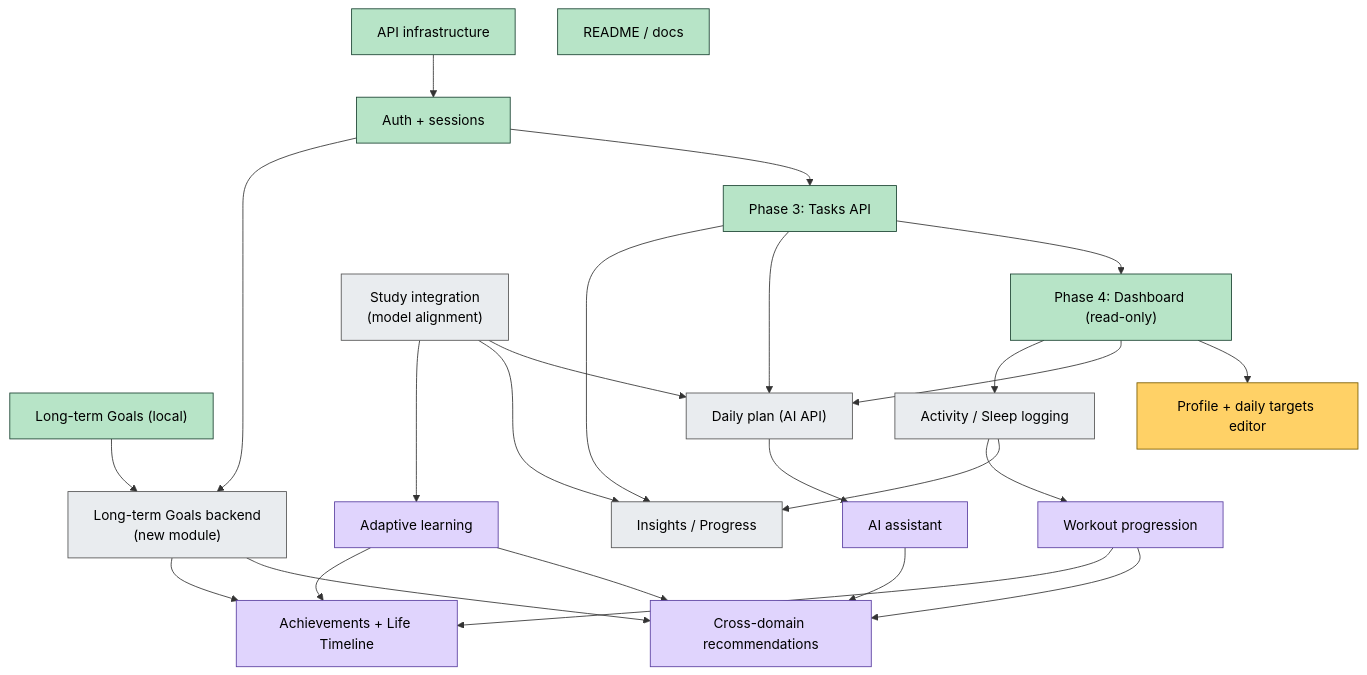
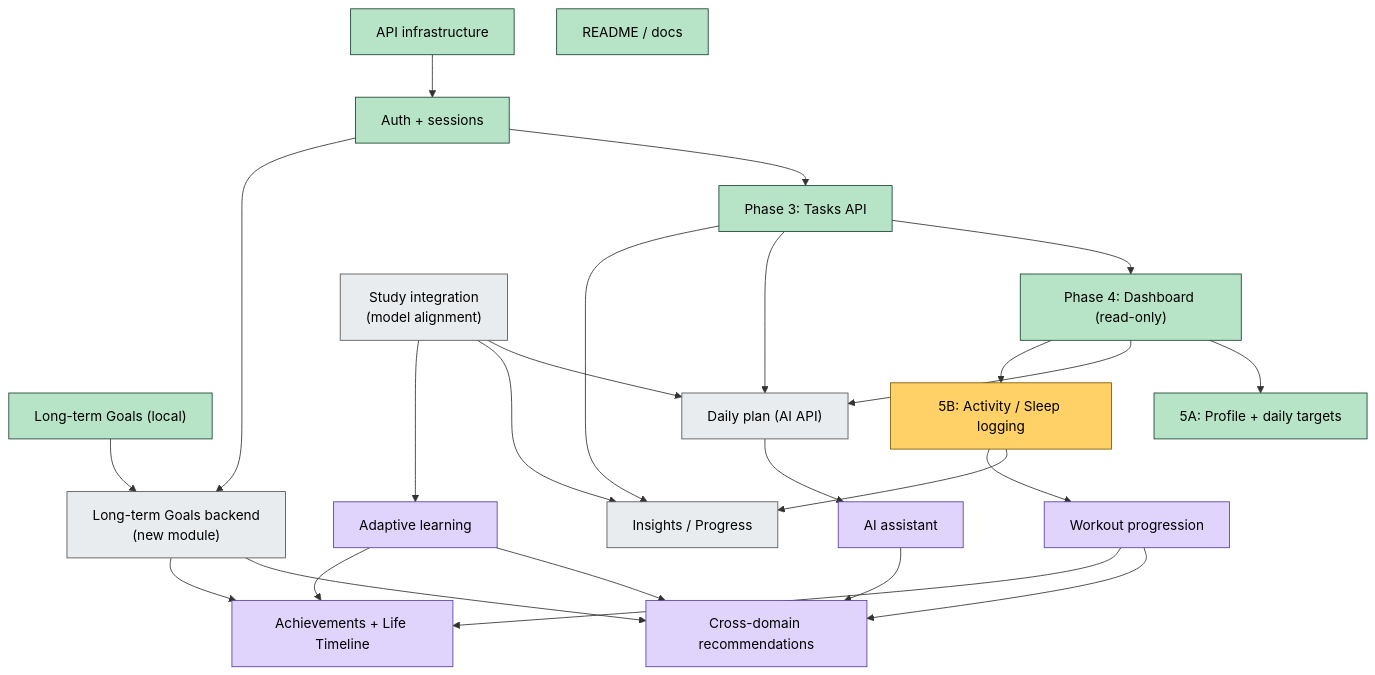
The diagram in docs/omnia-vault/Roadmap/Roadmap.md (Gaoher-1207/omnia), drawn with Mermaid before and after one commit. The commit also changed other lines of this file and 22 other files, not shown here.

Commit message:
Integrate profile and daily targets

````diff
--- a/docs/omnia-vault/Roadmap/Roadmap.md
+++ b/docs/omnia-vault/Roadmap/Roadmap.md
@@ -24,48 +25,48 @@
 ```mermaid
 flowchart TD
     classDef done fill:#b7e4c7,stroke:#1b4332,color:#000
     classDef next fill:#ffd166,stroke:#7a5c00,color:#000
     classDef later fill:#e9ecef,stroke:#555,color:#000
     classDef vision fill:#e0d4fd,stroke:#5a3fa0,color:#000
 
     G["Long-term Goals (local)"]:::done
     INF["API infrastructure"]:::done
     AUTH["Auth + sessions"]:::done
     DOC["README / docs"]:::done
     T["Phase 3: Tasks API"]:::done
     DASH["Phase 4: Dashboard (read-only)"]:::done
-    TGT["Profile + daily targets editor"]:::next
+    TGT["5A: Profile + daily targets"]:::done
     PLAN["Daily plan (AI API)"]:::later
     STUDY["Study integration<br/>(model alignment)"]:::later
-    TRACK["Activity / Sleep logging"]:::later
+    TRACK["5B: Activity / Sleep logging"]:::next
     INS["Insights / Progress"]:::later
     GB["Long-term Goals backend<br/>(new module)"]:::later
     AL["Adaptive learning"]:::vision
     FIT["Workout progression"]:::vision
     AIA["AI assistant"]:::vision
     XD["Cross-domain recommendations"]:::vision
     ACH["Achievements + Life Timeline"]:::vision
 
     INF --> AUTH --> T
     T --> DASH
     DASH --> TGT
     DASH --> PLAN
     T --> PLAN
     STUDY --> PLAN
     DASH --> TRACK
     TRACK --> INS
     T --> INS
     STUDY --> INS
     AUTH --> GB
     G --> GB
     STUDY --> AL
     TRACK --> FIT
     PLAN --> AIA
     AL --> XD
     FIT --> XD
     GB --> XD
     AIA --> XD
     GB --> ACH
     FIT --> ACH
     AL --> ACH
 ```
````
